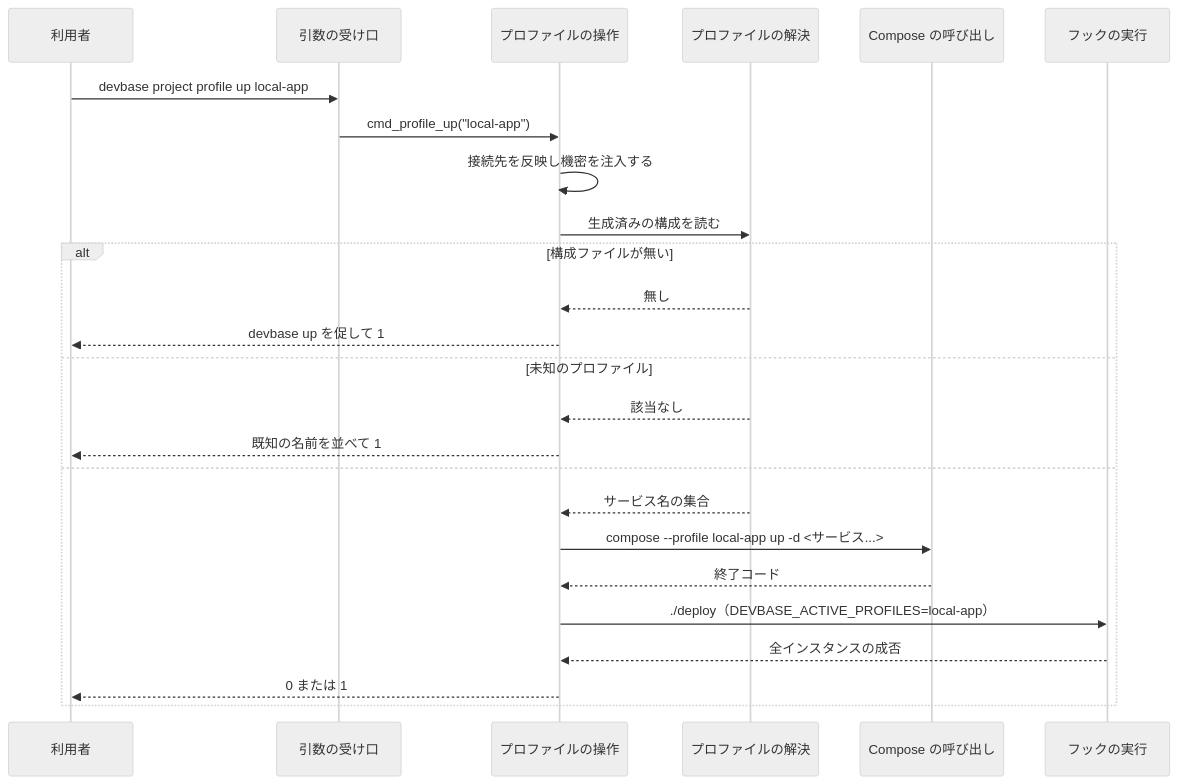
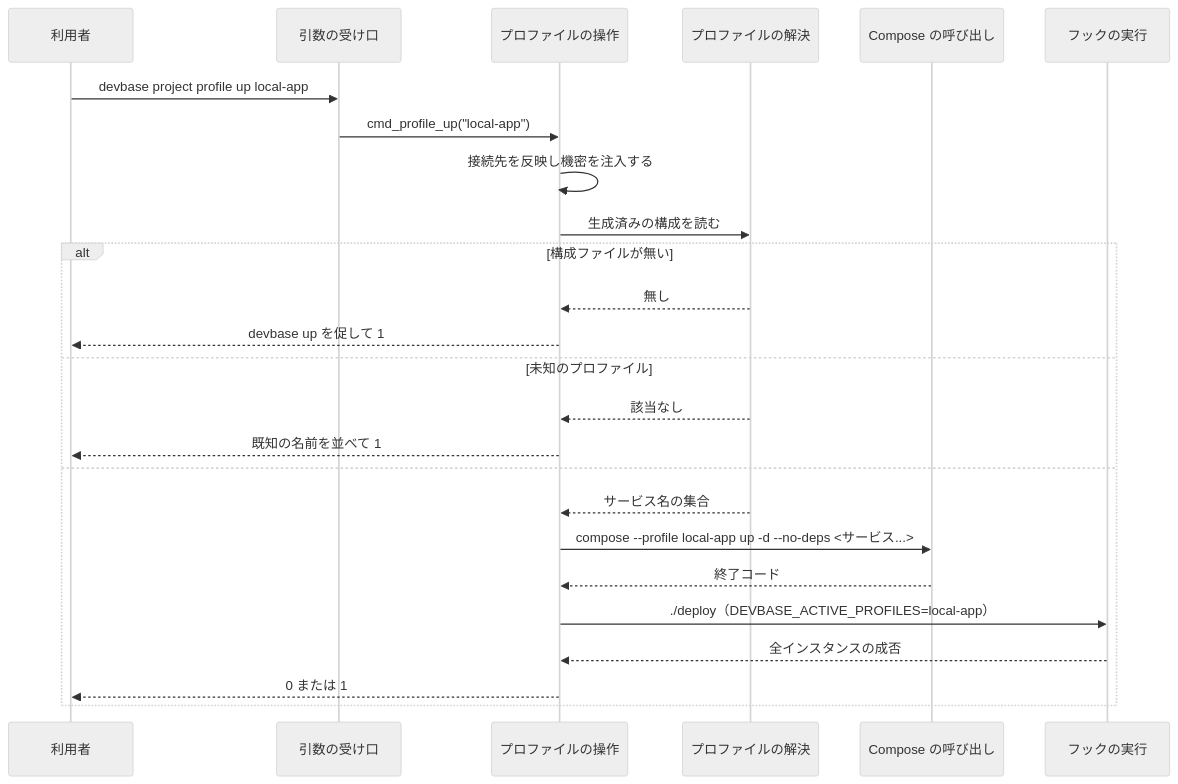
One commit to devbasex/devbase changed the fourth of 5 diagrams in issues/PLAN58_compose-profiles-design.md. Above: the diagram before and after it, drawn with Mermaid (neutral theme). The commit also changed other lines of this file and 1 other file, not shown here.

First line of the commit message:
docs(PLAN58): 既定のサービスの除外を --no-deps へ改め、depends_on の例に condition を足す (#189)

````diff
--- a/issues/PLAN58_compose-profiles-design.md
+++ b/issues/PLAN58_compose-profiles-design.md
@@ -174,27 +183,27 @@
 ```mermaid
 sequenceDiagram
     participant U as 利用者
     participant CLI as 引数の受け口
     participant OP as プロファイルの操作
     participant RS as プロファイルの解決
     participant DC as Compose の呼び出し
     participant HK as フックの実行
     U->>CLI: devbase project profile up local-app
     CLI->>OP: cmd_profile_up("local-app")
     OP->>OP: 接続先を反映し機密を注入する
     OP->>RS: 生成済みの構成を読む
     alt 構成ファイルが無い
         RS-->>OP: 無し
         OP-->>U: devbase up を促して 1
     else 未知のプロファイル
         RS-->>OP: 該当なし
         OP-->>U: 既知の名前を並べて 1
     else
         RS-->>OP: サービス名の集合
-        OP->>DC: compose --profile local-app up -d <サービス...>
+        OP->>DC: compose --profile local-app up -d --no-deps <サービス...>
         DC-->>OP: 終了コード
         OP->>HK: ./deploy（DEVBASE_ACTIVE_PROFILES=local-app）
         HK-->>OP: 全インスタンスの成否
         OP-->>U: 0 または 1
     end
 ```
````
